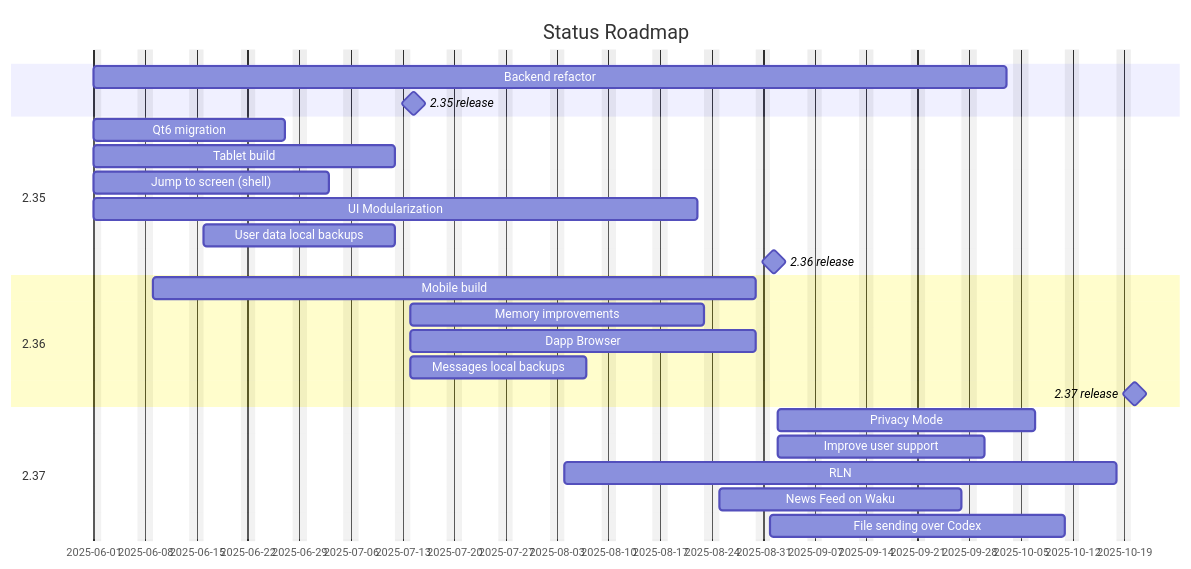
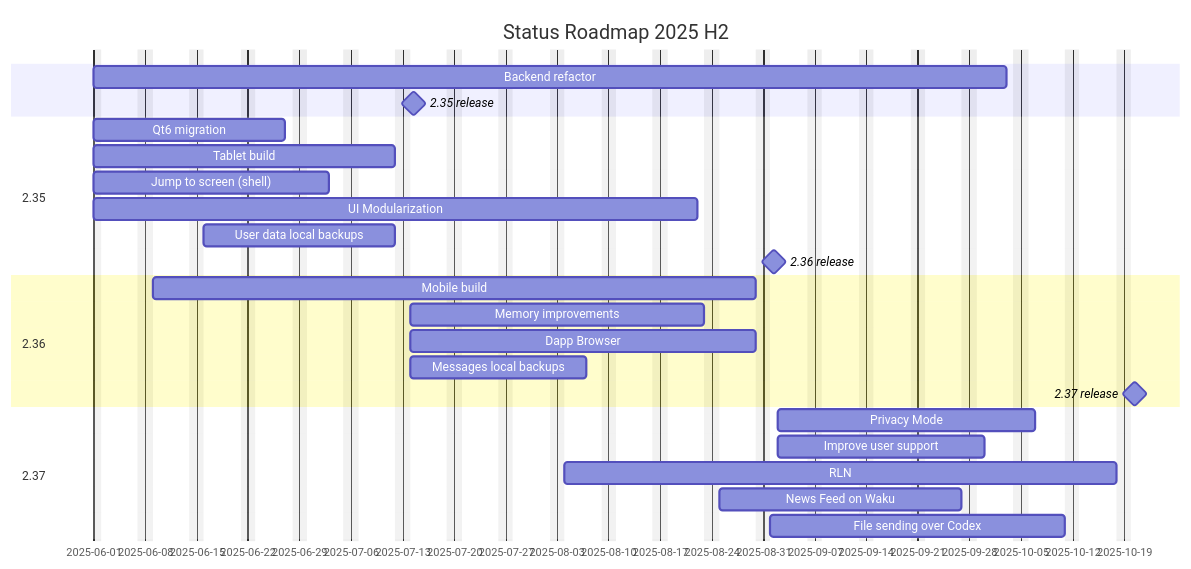
Before and after one commit to status-im/status-desktop: the diagram in docs/roadmap.md, drawn with Mermaid. The commit also changed other lines of this file, not shown here.

````diff
--- a/docs/roadmap.md
+++ b/docs/roadmap.md
@@ -61,36 +14,34 @@
 ```mermaid
 gantt
-    title Status Roadmap
+    title Status Roadmap 2025 H2
     excludes    weekends
     dateFormat  YYYY-MM-DD
-
-
 
     Backend refactor        :2025-06-01, 90d
 
     2.35 release :milestone, m237, 2025-07-14, 1d
 
     section 2.35
     Qt6 migration           :2025-06-01, 20d
     Tablet build            :t1, 2025-06-01, 31d
     Jump to screen (shell)  :2025-06-01, 24d
     UI Modularization       :2025-06-01, 60d
     User data local backups :lb1, 2025-06-16, 20d
 
     2.36 release            :milestone, m236, 2025-09-01, 1d
 
     section 2.36
     Mobile build            :2025-06-09, 60d
     Memory improvements     :mi1, after lb1, 30d
     Dapp Browser            :after t1, 35d
     Messages local backups  :after lb1, 18d
 
     2.37 release             :milestone, m237, 2025-10-20, 1d
 
     section 2.37
     Privacy Mode            :after m236, 25d
     Improve user support    :after m236, 20d
     RLN                     :2025-08-04, 55d
     News Feed on Waku       :after mi1, 25d
     File sending over Codex :2025-09-01, 30d
 ```
````
